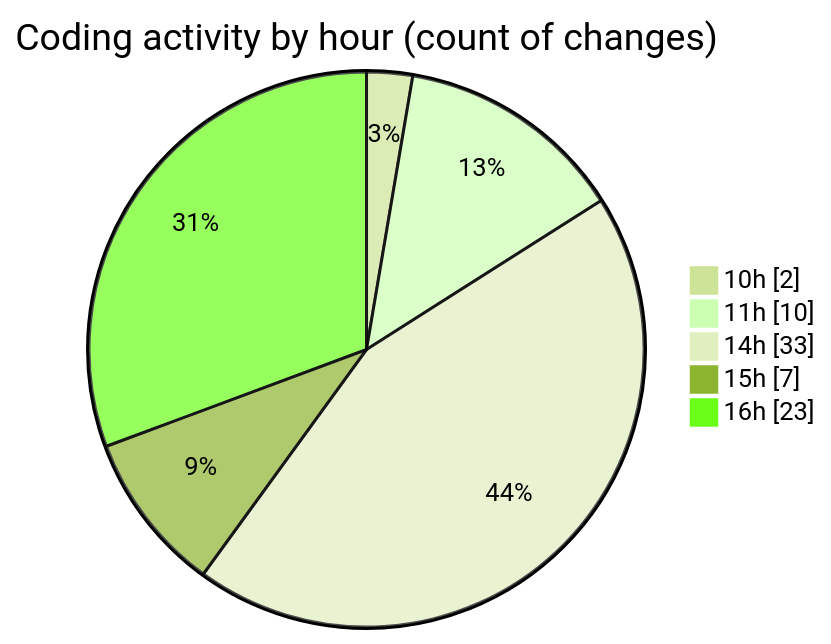
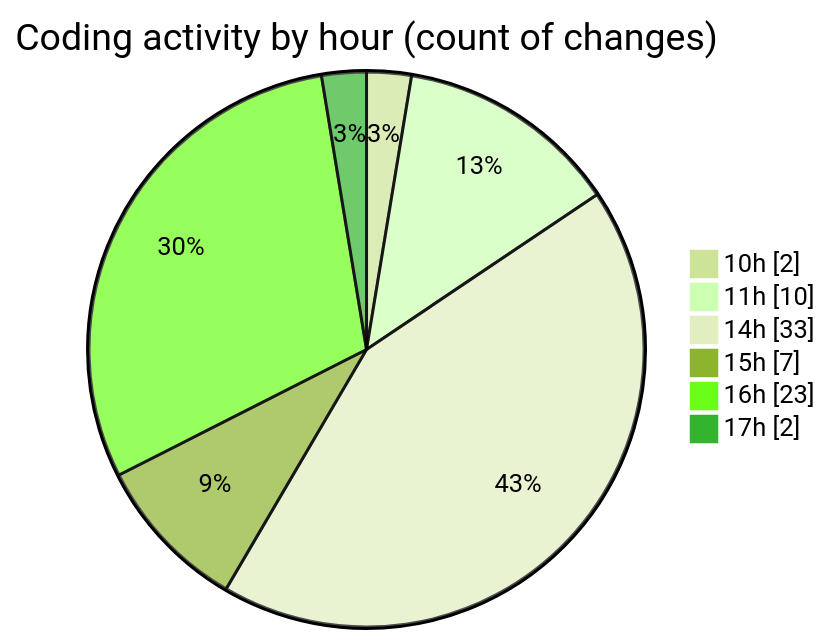
The second of 2 diagrams in 2025-06-02/studio-backend/README.md (idhammustaqopulfikri/code-tracking), drawn with Mermaid (forest theme) before and after one commit. The commit also changed other lines of this file and 1 other file, not shown here.

````diff
--- a/2025-06-02/studio-backend/README.md
+++ b/2025-06-02/studio-backend/README.md
@@ -46,9 +46,10 @@
 ```mermaid
 pie showData
 title Coding activity by hour (count of changes)
 "10h" : 2
 "11h" : 10
 "14h" : 33
 "15h" : 7
 "16h" : 23
+"17h" : 2
 ```
````
